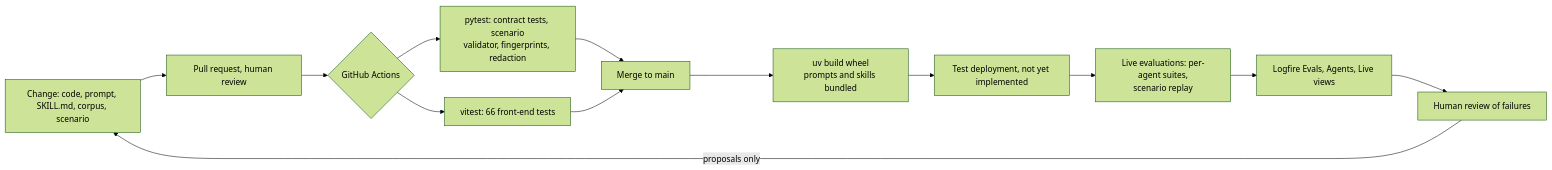
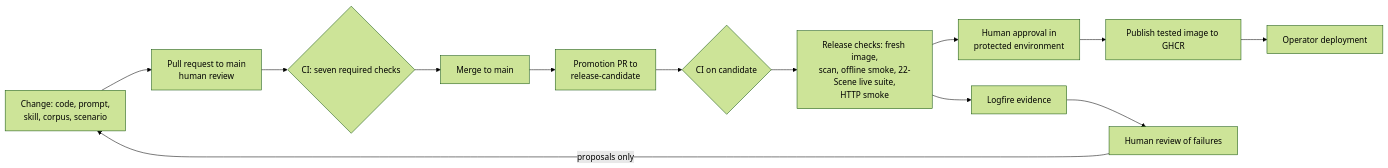
Before and after one commit to DesmondChoy/linger: the fourth of 4 diagrams in docs/report/group-project-report.md, drawn with Mermaid (forest theme). The commit also changed other lines of this file, not shown here.

````diff
--- a/docs/report/group-project-report.md
+++ b/docs/report/group-project-report.md
@@ -320,14 +361,15 @@
 ```mermaid
 flowchart LR
-    Dev[Change: code, prompt, SKILL.md, corpus, scenario] --> PR[Pull request, human review]
-    PR --> CI{GitHub Actions}
-    CI --> T1[pytest: contract tests, scenario<br/>validator, fingerprints, redaction]
-    CI --> T2[vitest: 66 front-end tests]
-    T1 & T2 --> Merge[Merge to main]
-    Merge --> Build[uv build wheel<br/>prompts and skills bundled]
-    Build --> Deploy[Test deployment, not yet implemented]
-    Deploy --> Live[Live evaluations: per-agent suites,<br/>scenario replay]
-    Live --> LF[Logfire Evals, Agents, Live views]
+    Dev[Change: code, prompt,<br/>skill, corpus, scenario] --> PR[Pull request to main<br/>human review]
+    PR --> CI{CI: seven required checks}
+    CI --> Main[Merge to main]
+    Main --> Promo[Promotion PR to<br/>release-candidate]
+    Promo --> CI2{CI on candidate}
+    CI2 --> Rel[Release checks: fresh image,<br/>scan, offline smoke, 22-Scene live suite,<br/>HTTP smoke]
+    Rel --> Appr[Human approval in<br/>protected environment]
+    Appr --> Pub[Publish tested image to GHCR]
+    Pub --> Op[Operator deployment]
+    Rel --> LF[Logfire evidence]
     LF --> Review[Human review of failures]
     Review -->|proposals only| Dev
 ```
````
